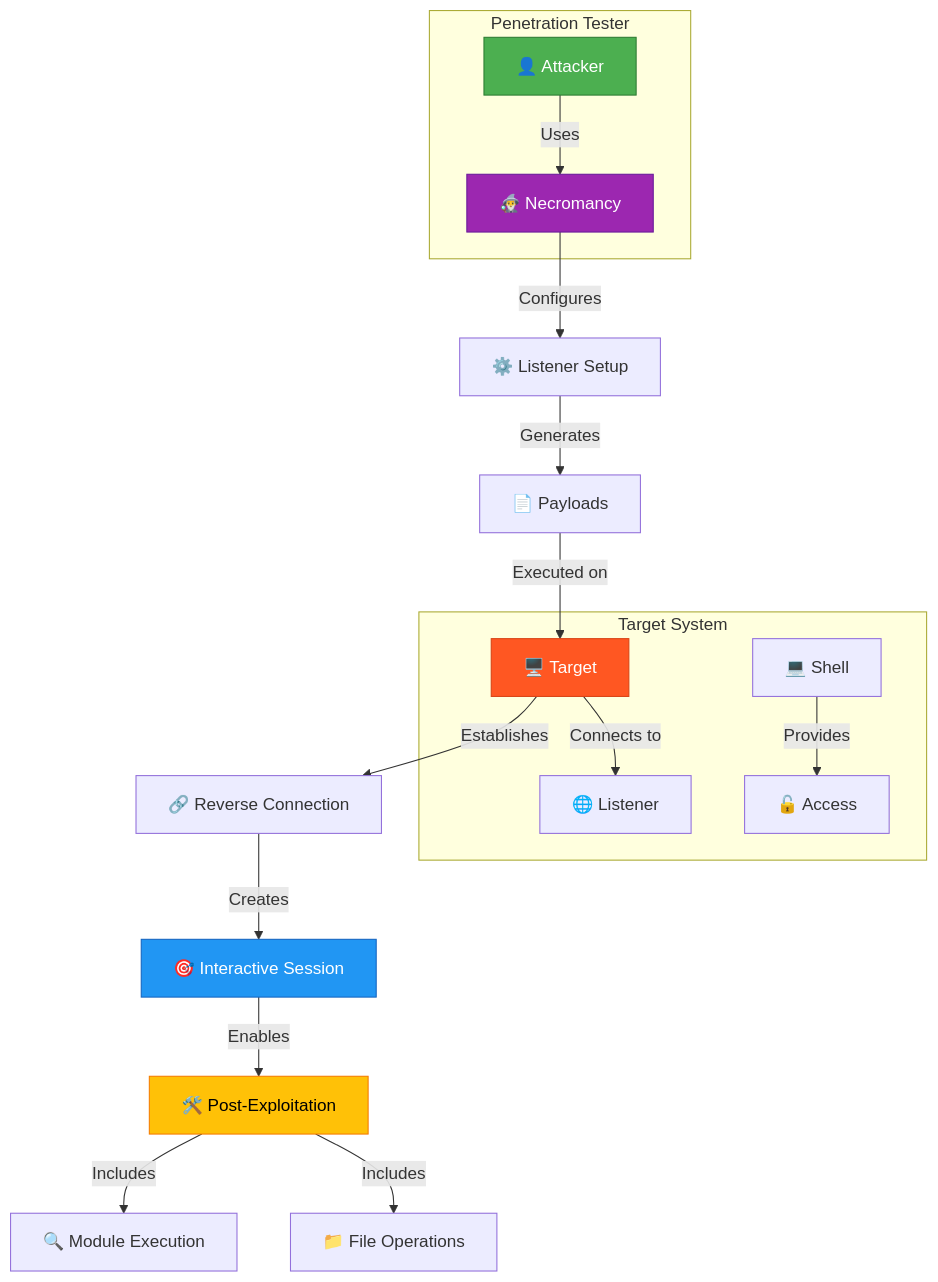
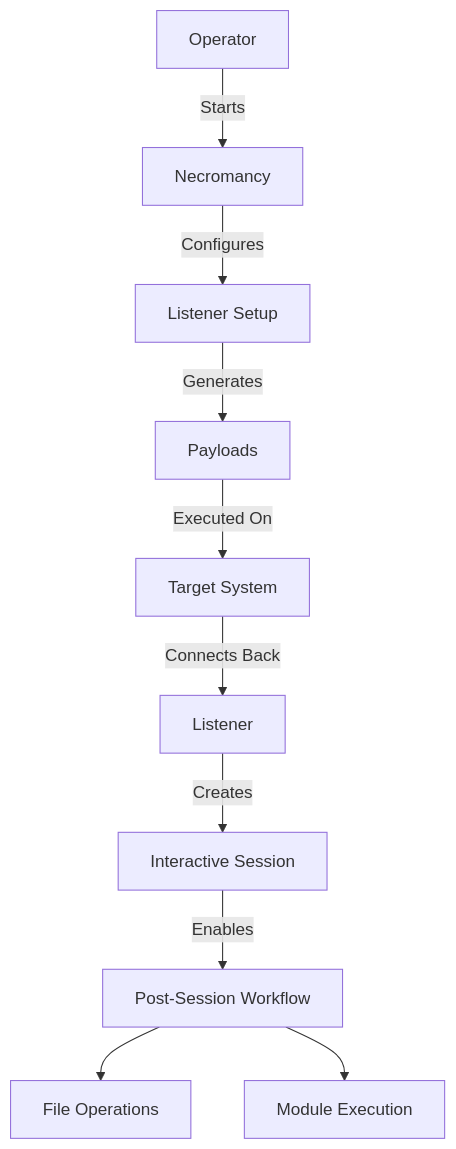
One commit to Aryma-f4/necromancy changed the first of 4 diagrams in README.md. Above: the diagram before and after it, drawn with Mermaid. The commit also changed other lines of this file and 8 other files, not shown here.

````diff
--- a/README.md
+++ b/README.md
@@ -88,26 +66,12 @@
 ```mermaid
 graph TD
-    subgraph "Penetration Tester"
-        A[👤 Attacker] -->|"Uses"| B[🧙‍♂️ Necromancy]
-    end
-    
-    subgraph "Target System"
-        C[🖥️ Target] -->|"Connects to"| D[🌐 Listener]
-        E[💻 Shell] -->|"Provides"| F[🔓 Access]
-    end
-    
-    B -->|"Configures"| G[⚙️ Listener Setup]
-    G -->|"Generates"| H[📄 Payloads]
-    H -->|"Executed on"| C
-    C -->|"Establishes"| I[🔗 Reverse Connection]
-    I -->|"Creates"| J[🎯 Interactive Session]
-    J -->|"Enables"| K[🛠️ Post-Exploitation]
-    K -->|"Includes"| L[📁 File Operations]
-    K -->|"Includes"| M[🔍 Module Execution]
-    
-    style A fill:#4CAF50,stroke:#2E7D32,color:#fff
-    style B fill:#9C27B0,stroke:#6A1B9A,color:#fff
-    style C fill:#FF5722,stroke:#D84315,color:#fff
-    style J fill:#2196F3,stroke:#1565C0,color:#fff
-    style K fill:#FFC107,stroke:#F57C00,color:#000
+    A[Operator] -->|Starts| B[Necromancy]
+    B -->|Configures| C[Listener Setup]
+    C -->|Generates| D[Payloads]
+    D -->|Executed On| E[Target System]
+    E -->|Connects Back| F[Listener]
+    F -->|Creates| G[Interactive Session]
+    G -->|Enables| H[Post-Session Workflow]
+    H --> I[File Operations]
+    H --> J[Module Execution]
 ```
````
